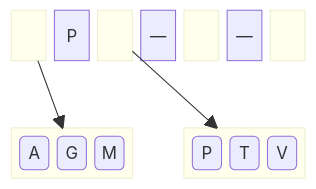
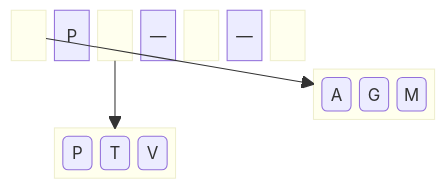
Before and after one commit to BenhurUFSM/pod26b: the third of 8 diagrams in Assuntos/busca-ext.md, drawn with Mermaid. The commit also changed other lines of this file, not shown here.

````diff
--- a/Assuntos/busca-ext.md
+++ b/Assuntos/busca-ext.md
@@ -20,12 +22,13 @@
 ```mermaid
 block
-  columns 7
+  columns 8
   block:rl1 space end P block:rl2 space end rb["—"] block:rl3 space end rc["—"] block:rl4 space end
-  space:7
+  space:8
 
   block:f1:3 f1a("A") f1b("G") f1c("M") end space
   block:f2:3 f2a("P") f2b("T") f2c("V") end
+  space
 
   rl1-->f1
   rl2-->f2
 ```
````
